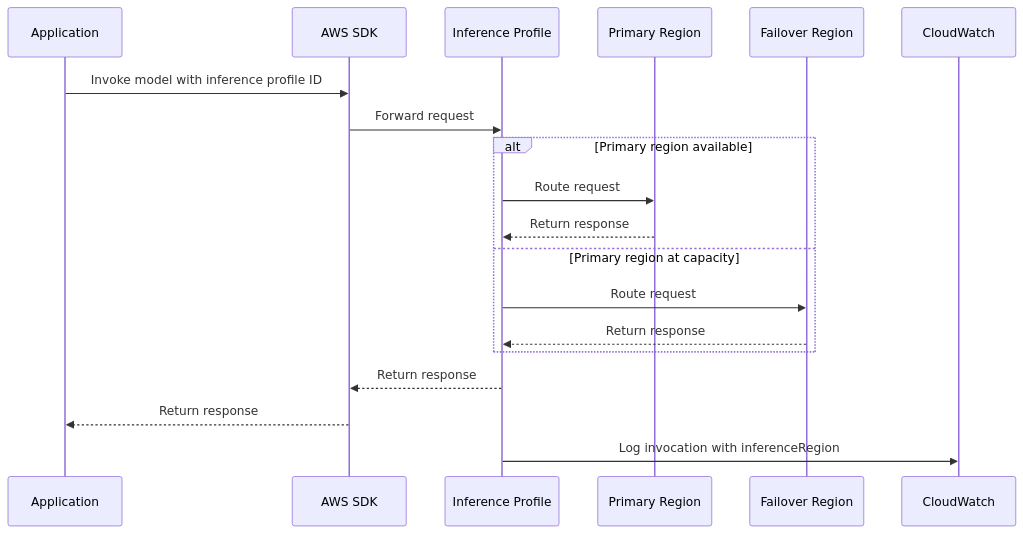
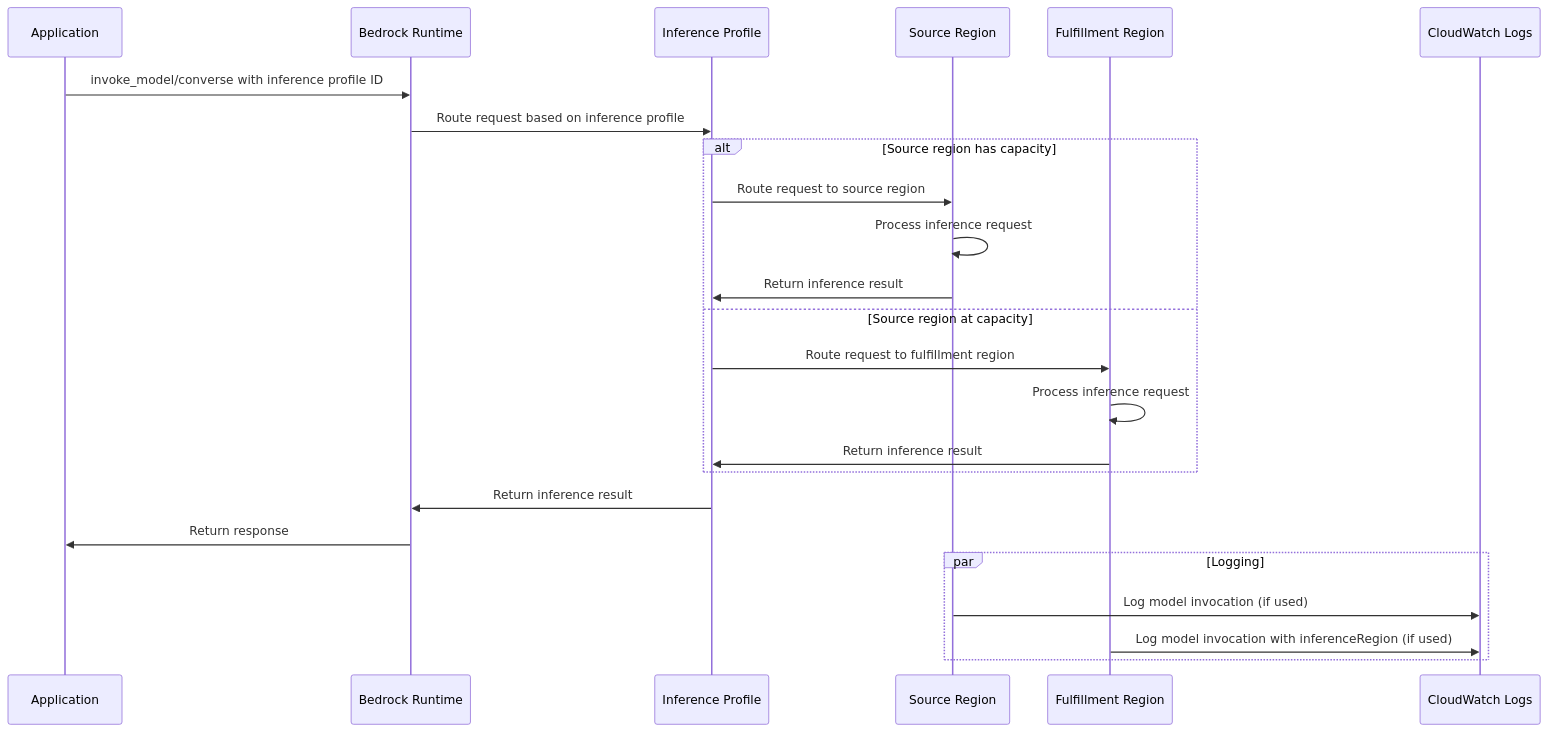
The second of 2 diagrams in my-analysis/SUMMARY-07_Cross_Region_Inference.md (ManojRamani/aws-samples-amazon-bedrock-workshop), drawn with Mermaid before and after one commit. The commit also changed other lines of this file and 27 other files, not shown here.

````diff
--- a/my-analysis/SUMMARY-07_Cross_Region_Inference.md
+++ b/my-analysis/SUMMARY-07_Cross_Region_Inference.md
@@ -302,25 +163,30 @@
 ```mermaid
-sequenceDiagram
-    participant App as Application
-    participant SDK as AWS SDK
-    participant IP as Inference Profile
-    participant R1 as Primary Region
-    participant R2 as Failover Region
-    participant CW as CloudWatch
-
-    App->>SDK: Invoke model with inference profile ID
-    SDK->>IP: Forward request
+    sequenceDiagram
+        participant App as Application
+        participant BR as Bedrock Runtime
+        participant IP as Inference Profile
+        participant SR as Source Region
+        participant FR as Fulfillment Region
+        participant CW as CloudWatch Logs
     
-    alt Primary region available
-        IP->>R1: Route request
-        R1-->>IP: Return response
-    else Primary region at capacity
-        IP->>R2: Route request
-        R2-->>IP: Return response
+        App->>BR: invoke_model/converse with inference profile ID
+        BR->>IP: Route request based on inference profile
+        
+        alt Source region has capacity
+            IP->>SR: Route request to source region
+            SR->>SR: Process inference request
+            SR->>IP: Return inference result
+        else Source region at capacity
+            IP->>FR: Route request to fulfillment region
+            FR->>FR: Process inference request
+            FR->>IP: Return inference result
     end
-    
-    IP-->>SDK: Return response
-    SDK-->>App: Return response
-    
-    IP->>CW: Log invocation with inferenceRegion
+        
+        IP->>BR: Return inference result
+        BR->>App: Return response
+        
+        par Logging
+            SR->>CW: Log model invocation (if used)
+            FR->>CW: Log model invocation with inferenceRegion (if used)
+    end
 ```
````
